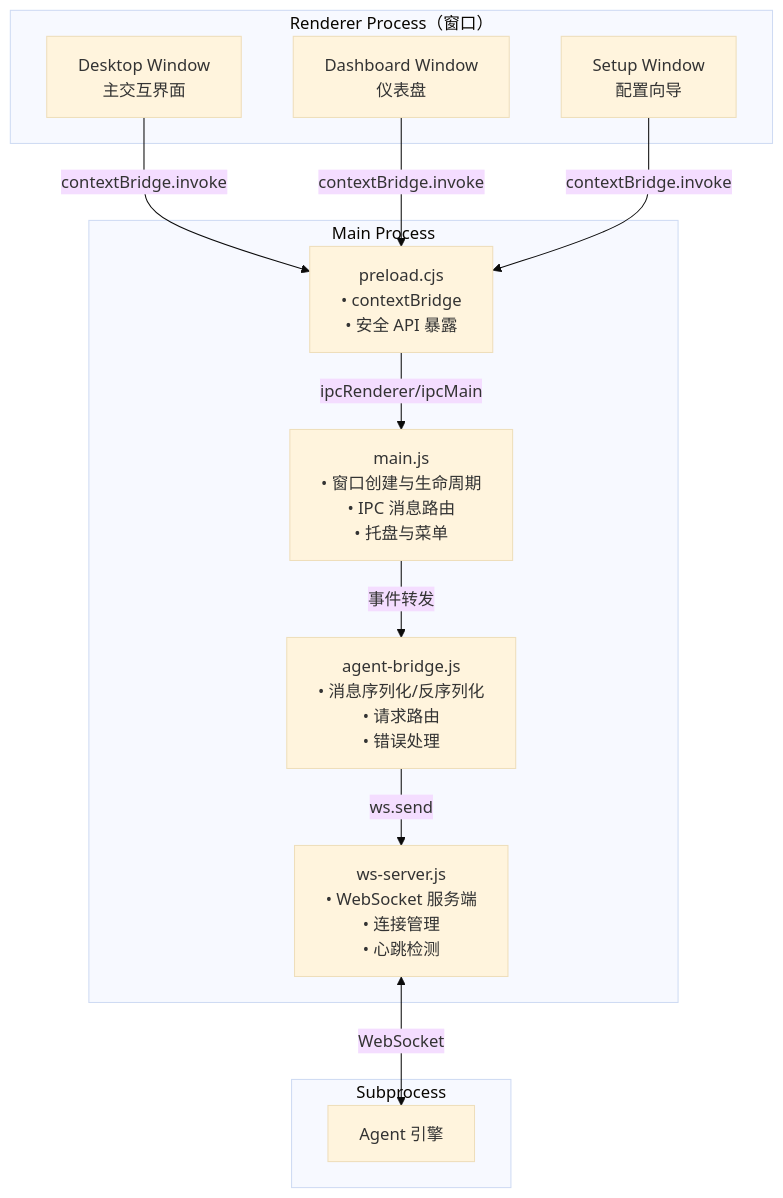
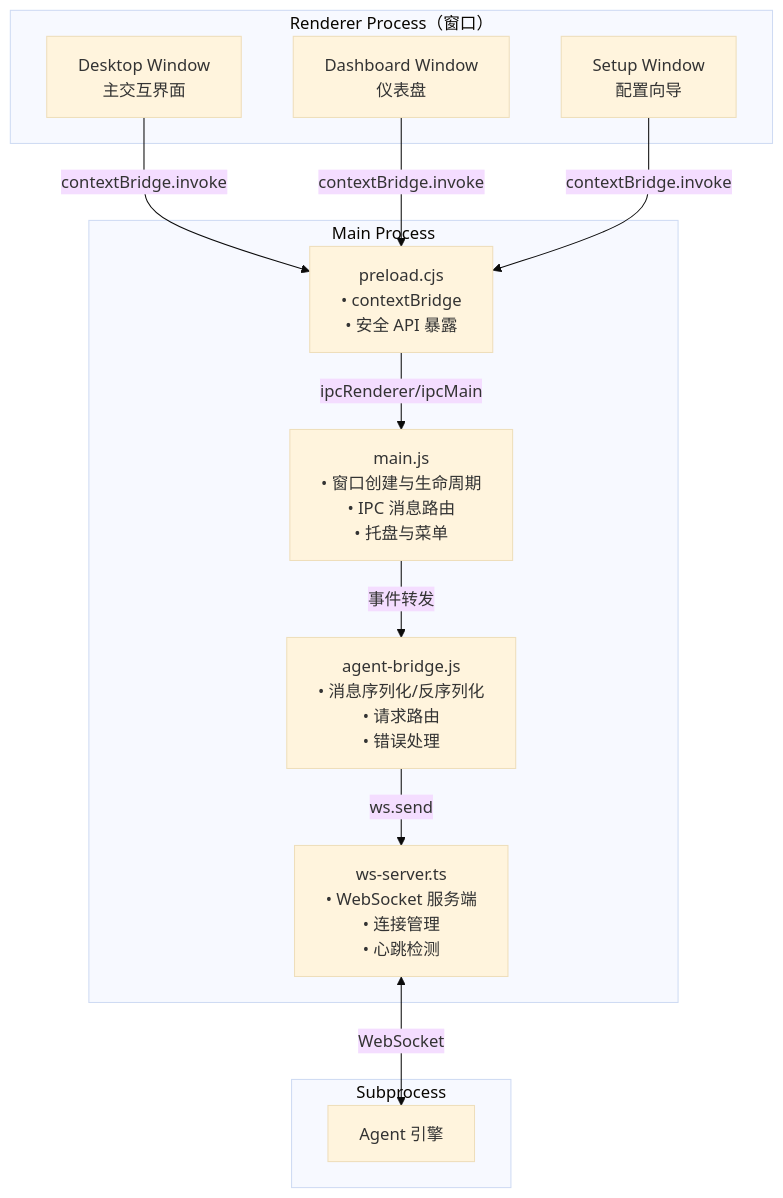
The sixth of 7 diagrams in introduction/architecture.md (1486853830/CogitoAgent), drawn with Mermaid (base theme) before and after one commit. The commit also changed other lines of this file and 23 other files, not shown here.

````diff
--- a/introduction/architecture.md
+++ b/introduction/architecture.md
@@ -246,27 +246,27 @@
 ```mermaid
 flowchart TB
     subgraph Renderer["Renderer Process（窗口）"]
         DesktopWin["Desktop Window<br/>主交互界面"]
         DashWin["Dashboard Window<br/>仪表盘"]
         SetupWin["Setup Window<br/>配置向导"]
     end
 
     subgraph MainProcess["Main Process"]
         MainJS["main.js<br/>• 窗口创建与生命周期<br/>• IPC 消息路由<br/>• 托盘与菜单"]
         Preload["preload.cjs<br/>• contextBridge<br/>• 安全 API 暴露"]
         AgentBridge["agent-bridge.js<br/>• 消息序列化/反序列化<br/>• 请求路由<br/>• 错误处理"]
-        WSServer["ws-server.js<br/>• WebSocket 服务端<br/>• 连接管理<br/>• 心跳检测"]
+        WSServer["ws-server.ts<br/>• WebSocket 服务端<br/>• 连接管理<br/>• 心跳检测"]
     end
 
     subgraph Subprocess["Subprocess"]
         Agent["Agent 引擎"]
     end
 
     DesktopWin -->|"contextBridge.invoke"| Preload
     DashWin -->|"contextBridge.invoke"| Preload
     SetupWin -->|"contextBridge.invoke"| Preload
     Preload -->|"ipcRenderer/ipcMain"| MainJS
     MainJS -->|"事件转发"| AgentBridge
     AgentBridge -->|"ws.send"| WSServer
     WSServer <-->|"WebSocket"| Agent
 ```
````
